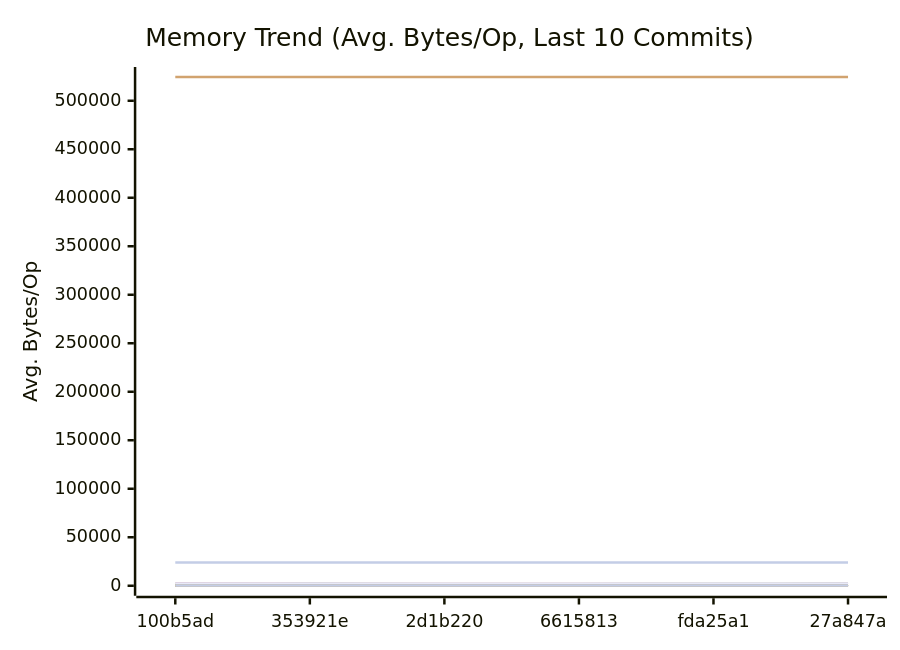
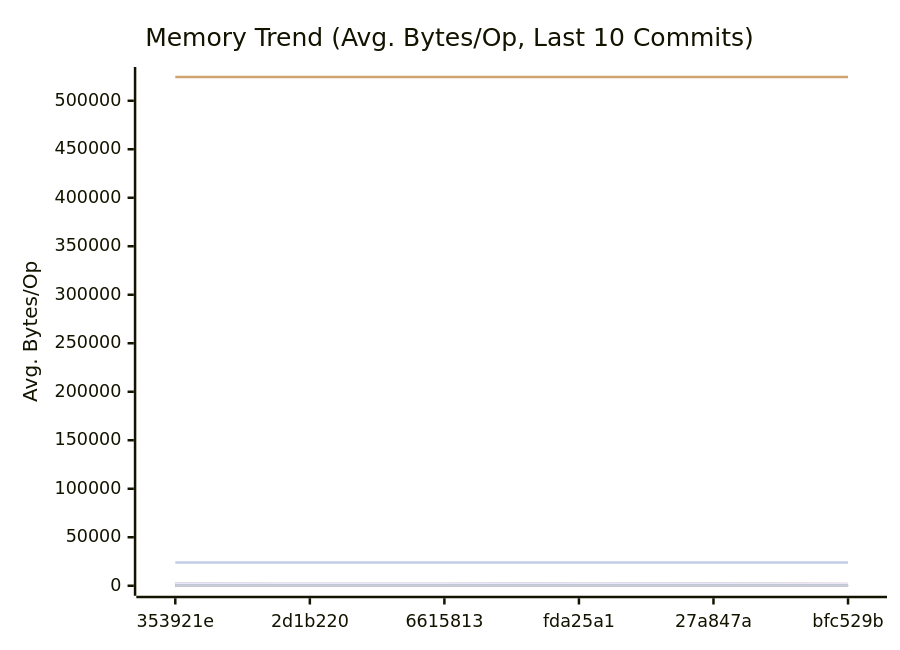
Before and after one commit to alsotoes/momo: the second of 3 diagrams in docs/PERFORMANCE.md, drawn with Mermaid. The commit also changed other lines of this file and 6 other files, not shown here.

````diff
--- a/docs/PERFORMANCE.md
+++ b/docs/PERFORMANCE.md
@@ -310,44 +310,44 @@
 ```mermaid
 xychart-beta
     title "Memory Trend (Avg. Bytes/Op, Last 10 Commits)"
     x-axis "Commit"
     y-axis "Avg. Bytes/Op"
-    x-axis [100b5ad,353921e,2d1b220,6615813,fda25a1,27a847a]
-    line "AWSChunkedReaderSigned" [125,105,96,107,130,133,92,114,90,112]
-    line "AWSChunkedReaderUnsigned" [112,108,97,108,145,120,96,115,92,106]
+    x-axis [353921e,2d1b220,6615813,fda25a1,27a847a,bfc529b]
+    line "AWSChunkedReaderSigned" [105,96,107,130,133,92,114,90,112,123]
+    line "AWSChunkedReaderUnsigned" [108,97,108,145,120,96,115,92,106,128]
     line "CheckMetricsAndSwap" [0,0,0,0,0,0,0,0,0,0]
     line "CrushOptimized" [0,0,0,0,0,0,0,0,0,0]
     line "CrushOriginal" [164,164,164,164,164,164,164,164,164,164]
-    line "FormatListObjectsV2XML_AppendFormat" [524477,524470,524490,524474,524448,524456,524497,524459,524497,524456]
+    line "FormatListObjectsV2XML_AppendFormat" [524470,524490,524474,524448,524456,524497,524459,524497,524456,524462]
     line "FormatListObjectsV2XML_OldFormat" [24000,24000,24000,24000,24000,24000,24000,24000,24000,24000]
-    line "HashBytes/1MiB" [267,275,210,232,295,219,262,228,187,211]
-    line "HashBytes/256MiB" [201,247,231,248,336,241,209,197,179,222]
-    line "HashBytes/64MiB" [238,228,265,264,298,224,218,199,187,197]
-    line "HashFile/1MiB" [222,241,209,217,265,268,193,211,183,208]
-    line "HashFile/256MiB" [242,258,191,237,254,213,186,204,182,225]
-    line "HashFile/64MiB" [239,200,192,237,307,208,189,169,196,188]
+    line "HashBytes/1MiB" [275,210,232,295,219,262,228,187,211,243]
+    line "HashBytes/256MiB" [247,231,248,336,241,209,197,179,222,256]
+    line "HashBytes/64MiB" [228,265,264,298,224,218,199,187,197,314]
+    line "HashFile/1MiB" [241,209,217,265,268,193,211,183,208,265]
+    line "HashFile/256MiB" [258,191,237,254,213,186,204,182,225,228]
+    line "HashFile/64MiB" [200,192,237,307,208,189,169,196,188,233]
     line "IndexDirectTracking" [0,0,0,0,0,0,0,0,0,0]
     line "IndexSearch" [0,0,0,0,0,0,0,0,0,0]
     line "LastModifiedHeader_AppendFormat" [0,0,0,0,0,0,0,0,0,0]
-    line "LastModifiedHeader_Format" [0,0,0,0,0,0,0,32,32,32]
+    line "LastModifiedHeader_Format" [0,0,0,0,0,0,32,32,32,32]
     line "LoadGlobalConfig" [1976,1976,1976,1976,1976,1976,1976,1976,1976,1976]
-    line "LocalWrite/1MiB" [1691,1967,1729,1822,2210,2188,1670,2035,1605,1690]
-    line "LocalWrite/256MiB" [1646,1959,1986,2025,2273,2129,1901,2016,1569,1965]
-    line "LocalWrite/64MiB" [1973,2038,2017,2019,2009,2055,1696,1940,1626,1869]
+    line "LocalWrite/1MiB" [1967,1729,1822,2210,2188,1670,2035,1605,1690,1878]
+    line "LocalWrite/256MiB" [1959,1986,2025,2273,2129,1901,2016,1569,1965,2213]
+    line "LocalWrite/64MiB" [2038,2017,2019,2009,2055,1696,1940,1626,1869,1996]
     line "PadString" [64,64,64,64,64,64,64,64,64,64]
     line "ParseReplicationOrder_NoPrealloc" [408,408,408,408,408,248,248,248,248,248]
     line "ParseReplicationOrder_Prealloc" [240,240,240,240,240,80,80,80,80,80]
     line "Placement" [352,352,352,352,352,352,352,352,352,352]
     line "PlacementDomainSpread" [352,352,352,352,352,352,352,352,352,352]
-    line "ReadVerify/1MiB" [178,241,216,218,270,281,180,264,197,219]
-    line "ReadVerify/256MiB" [208,176,222,249,254,263,189,215,198,201]
-    line "ReadVerify/64MiB" [182,186,222,318,274,236,196,211,199,193]
-    line "S3PutSpool/1MiB" [181,259,187,211,176,177,159,188,171,198]
-    line "S3PutSpool/256MiB" [173,246,154,231,193,232,187,250,173,207]
-    line "S3PutSpool/64MiB" [178,228,171,236,182,189,172,246,185,193]
+    line "ReadVerify/1MiB" [241,216,218,270,281,180,264,197,219,269]
+    line "ReadVerify/256MiB" [176,222,249,254,263,189,215,198,201,243]
+    line "ReadVerify/64MiB" [186,222,318,274,236,196,211,199,193,258]
+    line "S3PutSpool/1MiB" [259,187,211,176,177,159,188,171,198,188]
+    line "S3PutSpool/256MiB" [246,154,231,193,232,187,250,173,207,211]
+    line "S3PutSpool/64MiB" [228,171,236,182,189,172,246,185,193,227]
     line "SanitizeLog/Safe" [0,0,0,0,0,0,0,0,0,0]
     line "SanitizeLog/Unsafe" [704,704,704,704,704,704,704,704,704,704]
-    line "TrustedRead/1MiB" [243,157,183,238,219,242,197,199,189,186]
-    line "TrustedRead/256MiB" [212,170,199,249,188,196,208,241,183,260]
-    line "TrustedRead/64MiB" [186,164,192,222,185,257,219,231,178,227]
+    line "TrustedRead/1MiB" [157,183,238,219,242,197,199,189,186,225]
+    line "TrustedRead/256MiB" [170,199,249,188,196,208,241,183,260,229]
+    line "TrustedRead/64MiB" [164,192,222,185,257,219,231,178,227,239]
 ```
````
